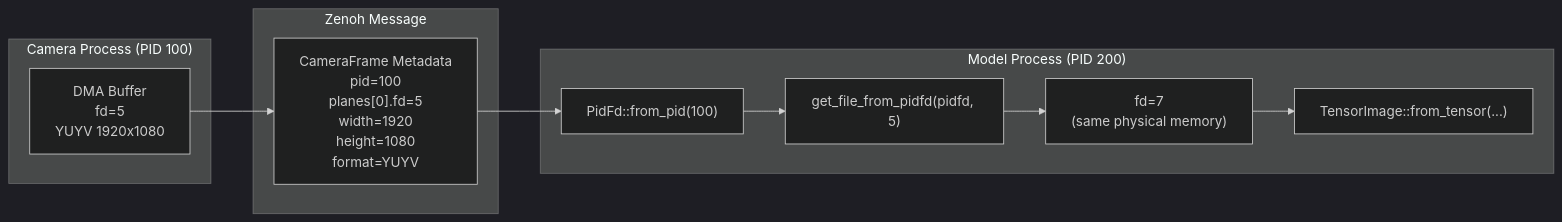
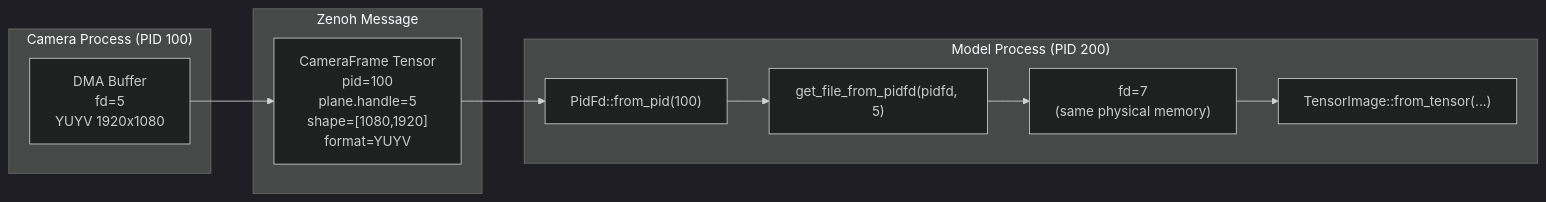
One commit to EdgeFirstAI/model changed the third of 5 diagrams in ARCHITECTURE.md. Above: the diagram before and after it, drawn with Mermaid (dark theme). The commit also changed other lines of this file and 7 other files, not shown here.

First line of the commit message:
EDGEAI-1422: Ingest CameraFrame tensors from schemas 4.0

````diff
--- a/ARCHITECTURE.md
+++ b/ARCHITECTURE.md
@@ -335,23 +335,23 @@
 ```mermaid
 graph LR
     subgraph "Camera Process (PID 100)"
         CamDMA["DMA Buffer<br/>fd=5<br/>YUYV 1920x1080"]
     end
 
     subgraph "Zenoh Message"
-        Meta["CameraFrame Metadata<br/>pid=100<br/>planes[0].fd=5<br/>width=1920<br/>height=1080<br/>format=YUYV"]
+        Meta["CameraFrame Tensor<br/>pid=100<br/>plane.handle=5<br/>shape=[1080,1920]<br/>format=YUYV"]
     end
 
     subgraph "Model Process (PID 200)"
         PidFd["PidFd::from_pid(100)"]
         GetFd["get_file_from_pidfd(pidfd, 5)"]
         NewFd["fd=7<br/>(same physical memory)"]
         TImg["TensorImage::from_tensor(...)"]
     end
 
     CamDMA --> Meta
     Meta --> PidFd
     PidFd --> GetFd
     GetFd --> NewFd
     NewFd --> TImg
 ```
````
